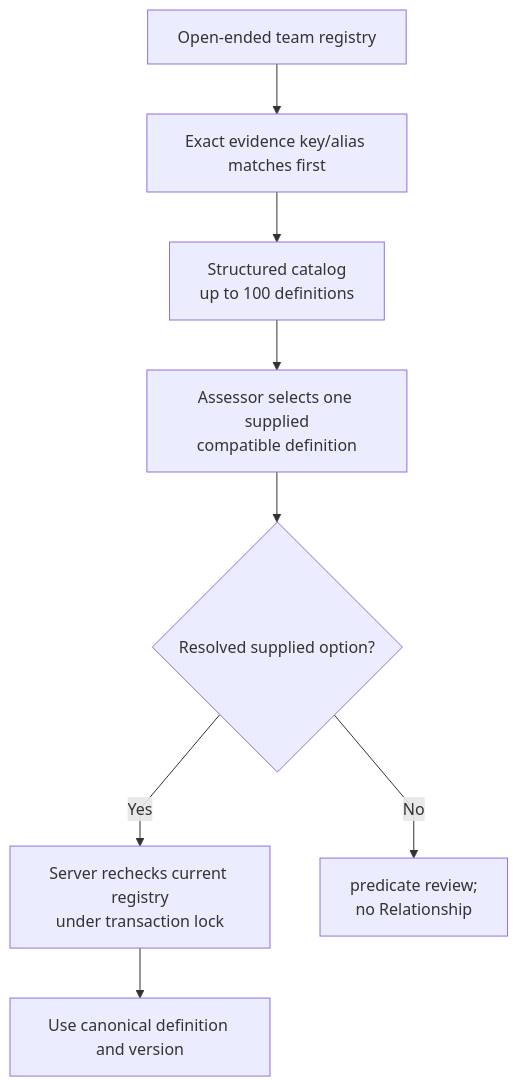
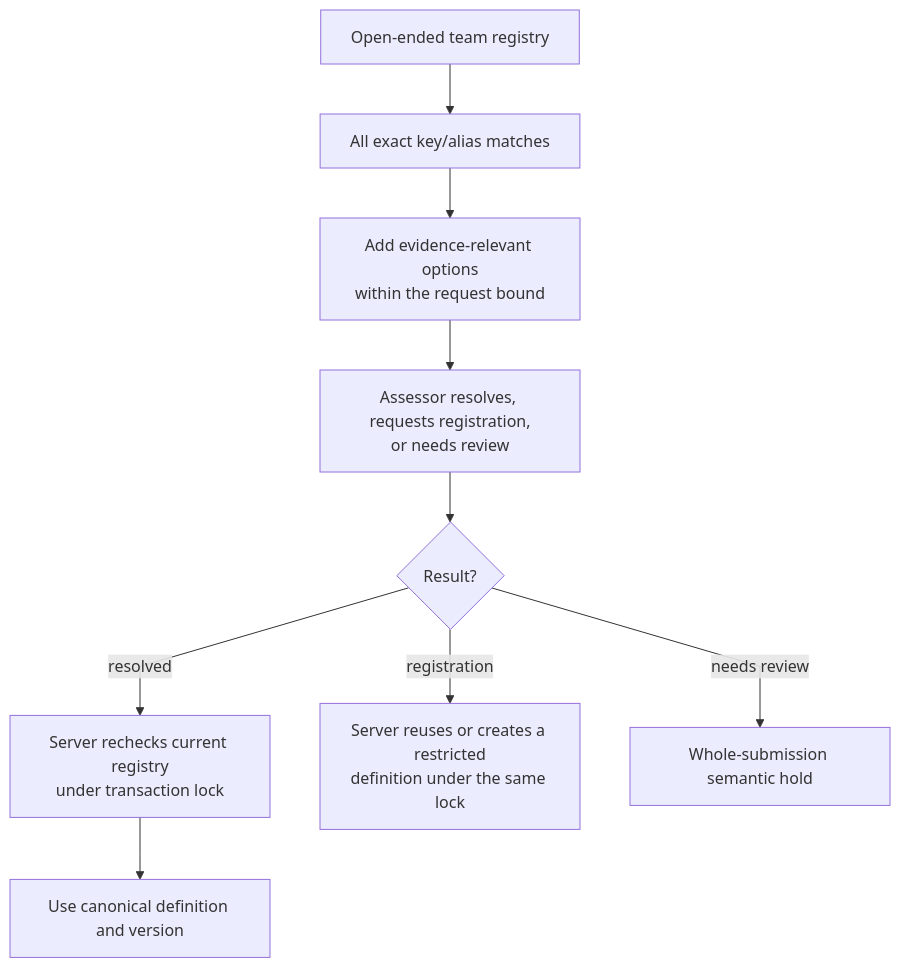
Before and after one commit to markhuangai/dense-mem: the fifth of 10 diagrams in Relationship-Model-And-Lifecycle.md, drawn with Mermaid. The commit also changed other lines of this file and 24 other files, not shown here.

````diff
--- a/Relationship-Model-And-Lifecycle.md
+++ b/Relationship-Model-And-Lifecycle.md
@@ -383,11 +384,12 @@
 ```mermaid
 %%{init: {"flowchart": {"curve": "linear"}}}%%
 flowchart TD
-  Registry["Open-ended team registry"] --> Exact["Exact evidence key/alias matches first"]
-  Exact --> Catalog["Structured catalog<br/>up to 100 definitions"]
-  Catalog --> Assess["Assessor selects one supplied<br/>compatible definition"]
-  Assess --> Selected{"Resolved supplied option?"}
-  Selected -- Yes --> Recheck["Server rechecks current registry<br/>under transaction lock"]
+  Registry["Open-ended team registry"] --> Exact["All exact key/alias matches"]
+  Exact --> Catalog["Add evidence-relevant options<br/>within the request bound"]
+  Catalog --> Assess["Assessor resolves, requests registration,<br/>or needs review"]
+  Assess --> Selected{"Result?"}
+  Selected -- resolved --> Recheck["Server rechecks current registry<br/>under transaction lock"]
   Recheck --> Use["Use canonical definition and version"]
-  Selected -- No --> Review["predicate review;<br/>no Relationship"]
+  Selected -- registration --> Register["Server reuses or creates a restricted<br/>definition under the same lock"]
+  Selected -- needs review --> Review["Whole-submission semantic hold"]
 ```
````
